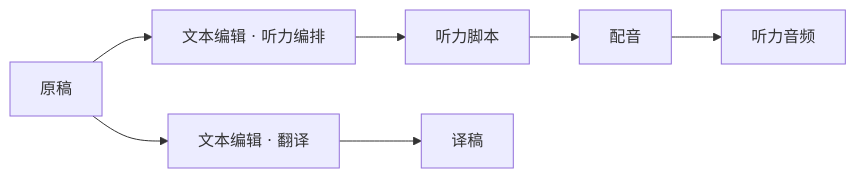
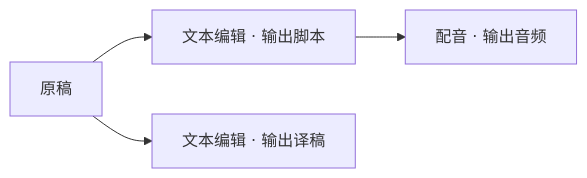
The diagram in docs/NODE_MODEL.md (glenzli/shape), drawn with Mermaid before and after one commit. The commit also changed other lines of this file and 8 other files, not shown here.

Commit message:
Render artifact results at graph output endpoints

````diff
--- a/docs/NODE_MODEL.md
+++ b/docs/NODE_MODEL.md
@@ -14,9 +14,6 @@
 ```mermaid
 flowchart LR
-    S[原稿] --> E[文本编辑 · 听力编排]
-    E --> T[听力脚本]
-    T --> V[配音]
-    V --> A[听力音频]
-    S --> X[文本编辑 · 翻译]
-    X --> Y[译稿]
+    S[原稿] --> E[文本编辑 · 输出脚本]
+    E --> V[配音 · 输出音频]
+    S --> X[文本编辑 · 输出译稿]
 ```
````
